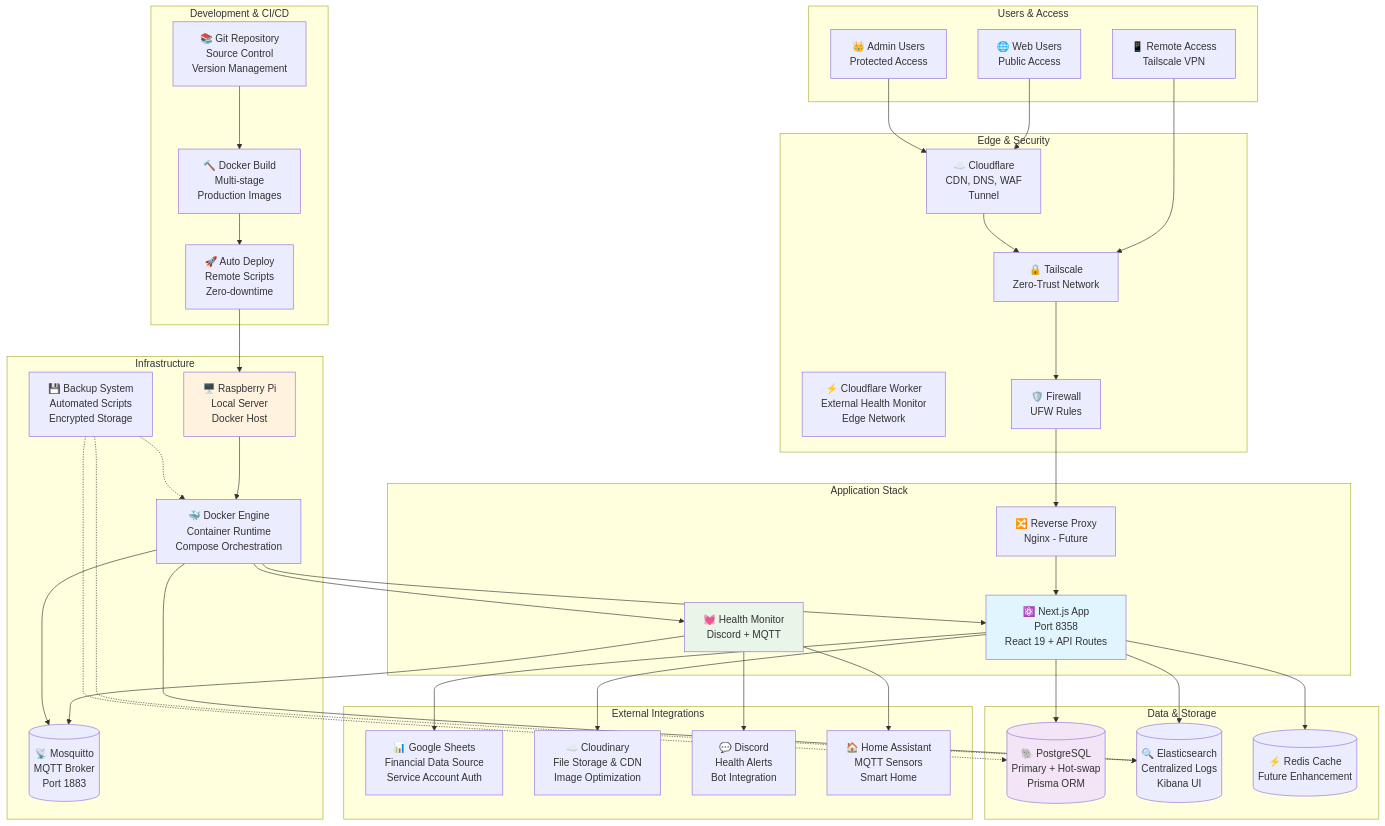
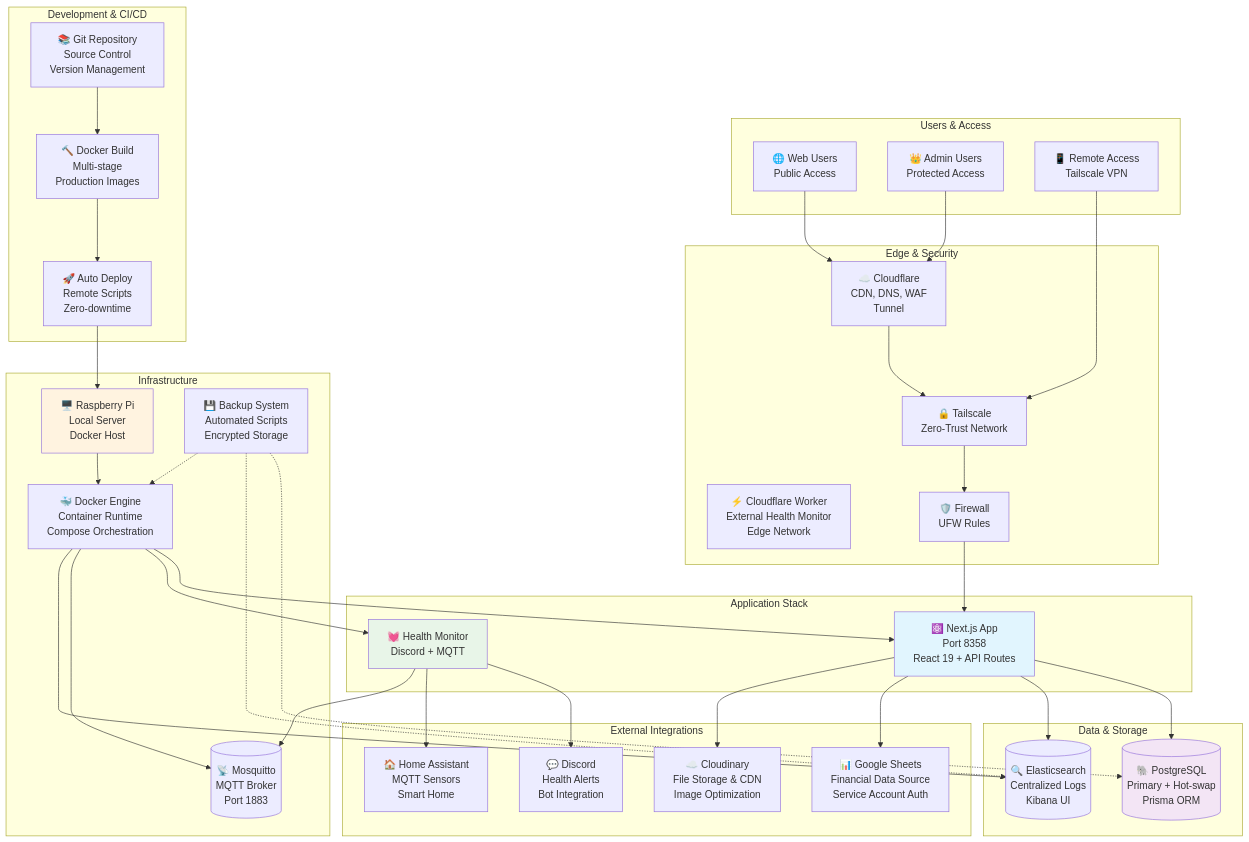
The first of 12 diagrams in SYSTEM_ARCHITECTURE.md (millenniumist/church-financial-report), drawn with Mermaid before and after one commit. The commit also changed other lines of this file and 4 other files, not shown here.

```diff
--- a/SYSTEM_ARCHITECTURE.md
+++ b/SYSTEM_ARCHITECTURE.md
@@ -310,13 +311,11 @@
     subgraph "Application Stack"
         NEXT[⚛️ Next.js App<br/>Port 8358<br/>React 19 + API Routes]
         HEALTH[💓 Health Monitor<br/>Discord + MQTT]
-        PROXY[🔀 Reverse Proxy<br/>Nginx - Future]
     end
 
     subgraph "Data & Storage"
         POSTGRES[(🐘 PostgreSQL<br/>Primary + Hot-swap<br/>Prisma ORM)]
         ELASTIC[(🔍 Elasticsearch<br/>Centralized Logs<br/>Kibana UI)]
-        REDIS[(⚡ Redis Cache<br/>Future Enhancement)]
     end
 
     subgraph "External Integrations"
@@ -345,12 +344,10 @@
 
     CF --> TS
     TS --> FW
-    FW --> PROXY
-    PROXY --> NEXT
+    FW --> NEXT
 
     NEXT --> POSTGRES
     NEXT --> ELASTIC
-    NEXT --> REDIS
 
     NEXT --> GSHEETS
     NEXT --> CLOUDINARY
```
